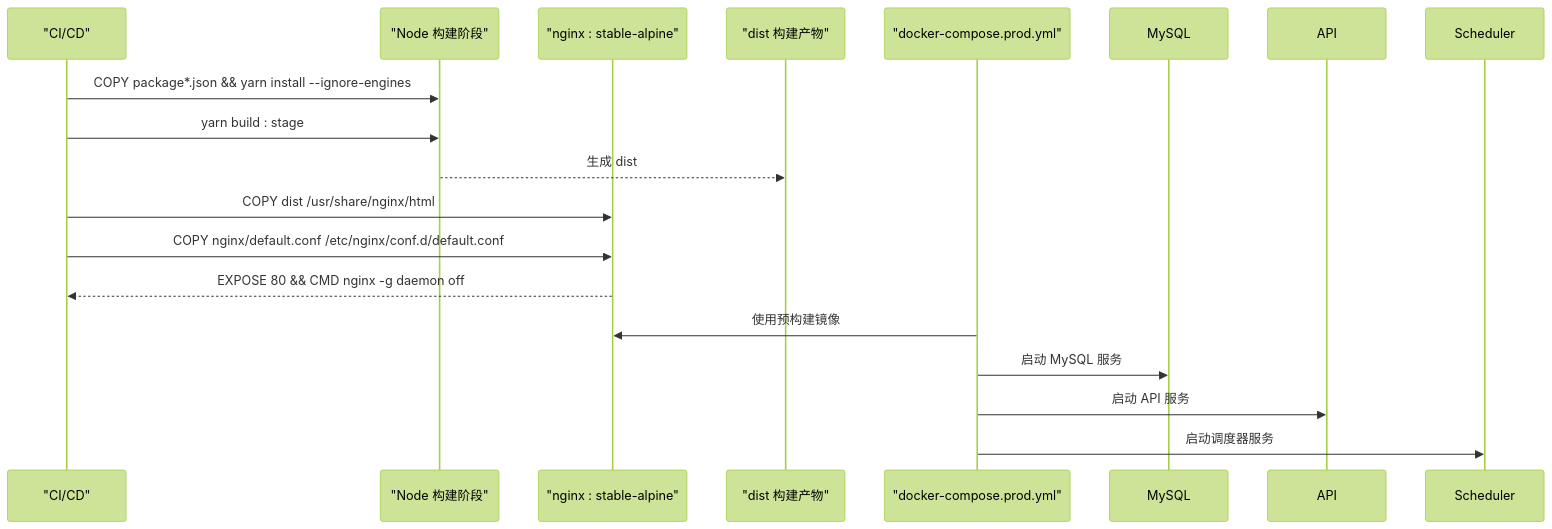
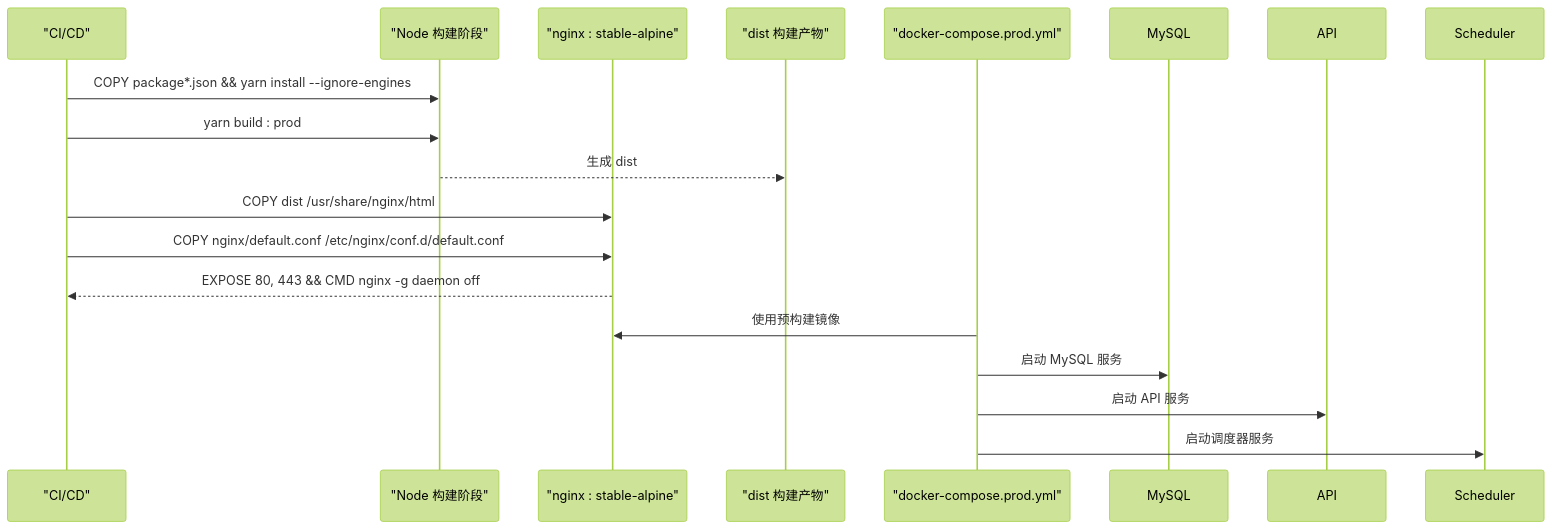
Before and after one commit to TinyMaD/SpeedRunnersLab: the fifth of 11 diagrams in .qoder/repowiki/zh/content/前端应用/构建部署/构建部署.md, drawn with Mermaid (forest theme). The commit also changed other lines of this file and 33 other files, not shown here.

````diff
--- a/.qoder/repowiki/zh/content/前端应用/构建部署/构建部署.md
+++ b/.qoder/repowiki/zh/content/前端应用/构建部署/构建部署.md
@@ -293,18 +304,18 @@
 ```mermaid
 sequenceDiagram
 participant CI as "CI/CD"
 participant Node as "Node 构建阶段"
 participant NginxImg as "nginx : stable-alpine"
 participant Dist as "dist 构建产物"
 participant ProdCompose as "docker-compose.prod.yml"
 CI->>Node : COPY package*.json && yarn install --ignore-engines
-CI->>Node : yarn build : stage
+CI->>Node : yarn build : prod
 Node-->>Dist : 生成 dist
 CI->>NginxImg : COPY dist /usr/share/nginx/html
 CI->>NginxImg : COPY nginx/default.conf /etc/nginx/conf.d/default.conf
-NginxImg-->>CI : EXPOSE 80 && CMD nginx -g daemon off
+NginxImg-->>CI : EXPOSE 80, 443 && CMD nginx -g daemon off
 ProdCompose->>NginxImg : 使用预构建镜像
 ProdCompose->>MySQL : 启动 MySQL 服务
 ProdCompose->>API : 启动 API 服务
 ProdCompose->>Scheduler : 启动调度器服务
 ```
````
